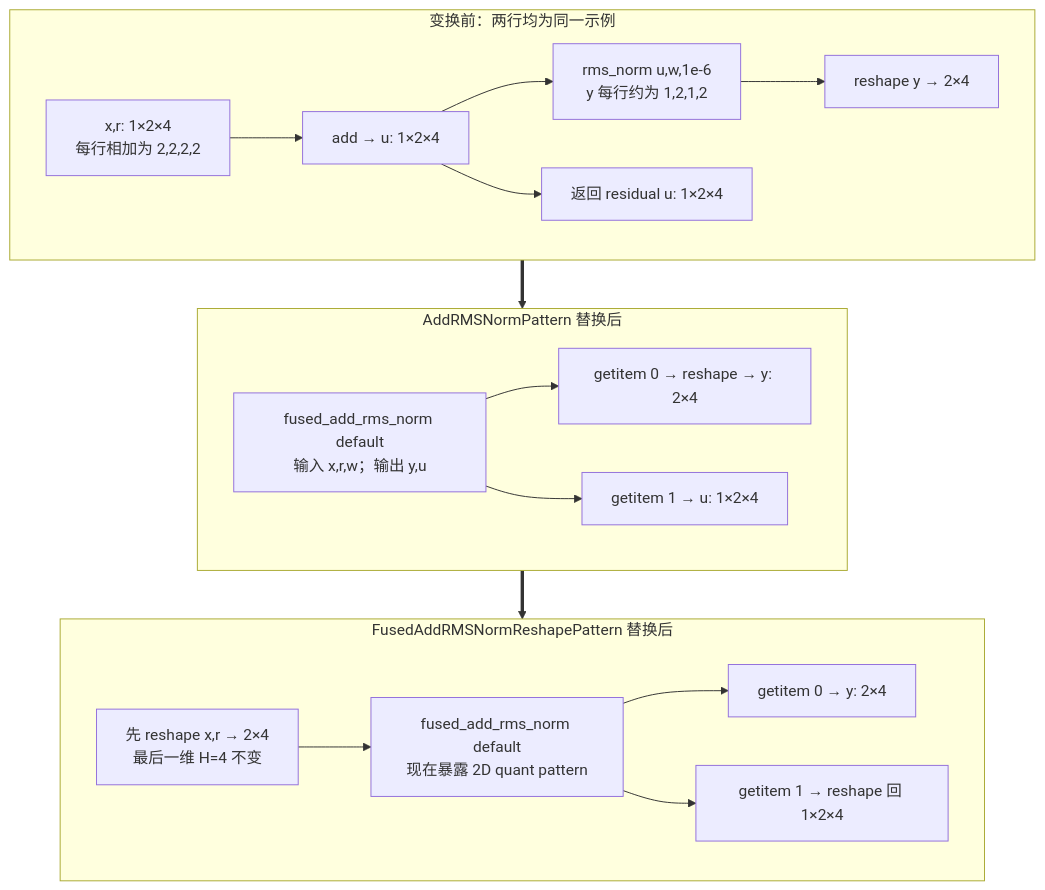
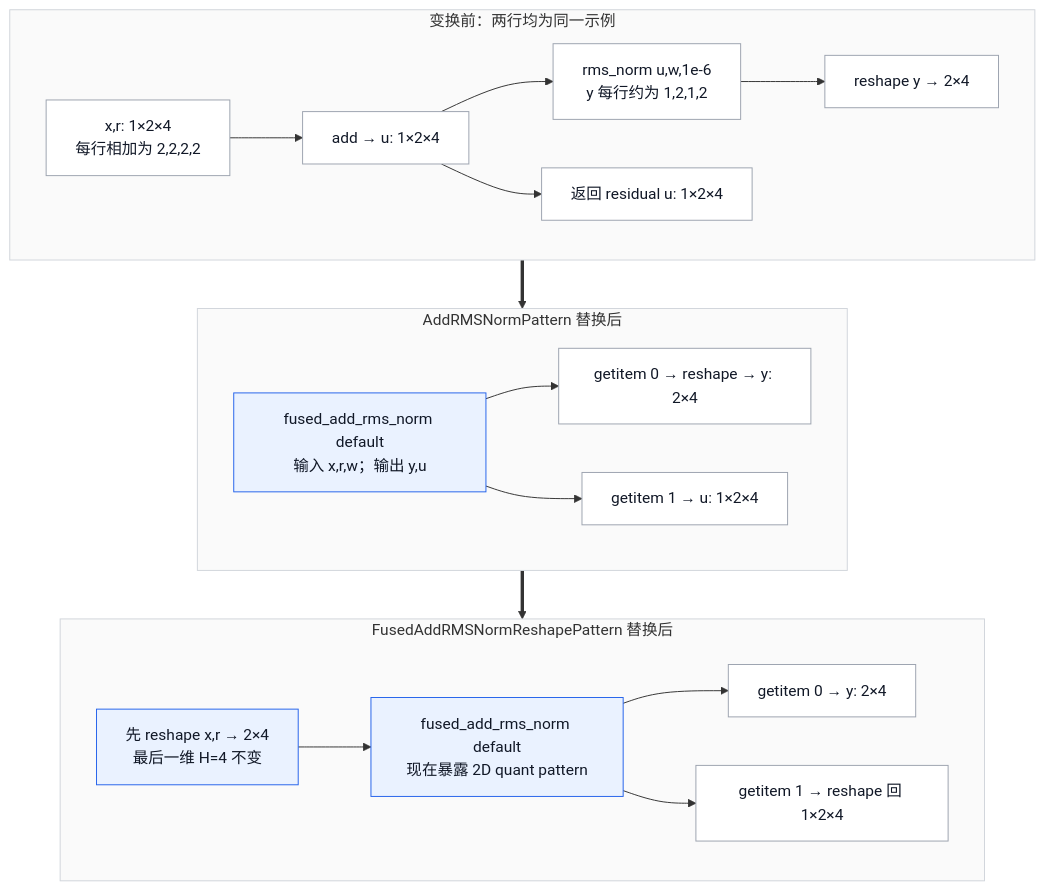
One commit to suhaibo666/llm-knowledge changed the first of 10 diagrams in wiki/02_engineering/03_infer_frameworks/vllm/21_vllm_ir_and_fusion_passes_analysis.md. Above: the diagram before and after it, drawn with Mermaid. The commit also changed other lines of this file and 11 other files, not shown here.

````diff
--- a/wiki/02_engineering/03_infer_frameworks/vllm/21_vllm_ir_and_fusion_passes_analysis.md
+++ b/wiki/02_engineering/03_infer_frameworks/vllm/21_vllm_ir_and_fusion_passes_analysis.md
@@ -283,20 +42,28 @@
 ```mermaid
 flowchart TB
   subgraph Before["变换前：两行均为同一示例"]
     I["x,r: 1×2×4<br/>每行相加为 2,2,2,2"] --> A["add → u: 1×2×4"]
     A --> N["rms_norm u,w,1e-6<br/>y 每行约为 1,2,1,2"]
     N --> F["reshape y → 2×4"]
     A --> R["返回 residual u: 1×2×4"]
   end
   subgraph Canon["AddRMSNormPattern 替换后"]
     C["fused_add_rms_norm default<br/>输入 x,r,w；输出 y,u"] --> CY["getitem 0 → reshape → y: 2×4"]
     C --> CU["getitem 1 → u: 1×2×4"]
   end
   subgraph Flat["FusedAddRMSNormReshapePattern 替换后"]
     V["先 reshape x,r → 2×4<br/>最后一维 H=4 不变"] --> C2["fused_add_rms_norm default<br/>现在暴露 2D quant pattern"]
     C2 --> Y2["getitem 0 → y: 2×4"]
     C2 --> U2["getitem 1 → reshape 回 1×2×4"]
   end
   Before ==> Canon
   Canon ==> Flat
+  classDef neutral fill:#ffffff,stroke:#9ca3af,color:#111827;
+  classDef acc1 fill:#eaf2ff,stroke:#2563eb,color:#111827;
+  classDef acc2 fill:#fff1e6,stroke:#d97706,color:#111827;
+  class I,A,N,F,R,CY,CU,Y2,U2 neutral;
+  class C,V,C2 acc1;
+  style Before fill:#fafafa,stroke:#d1d5db
+  style Canon fill:#fafafa,stroke:#d1d5db
+  style Flat fill:#fafafa,stroke:#d1d5db
 ```
````
